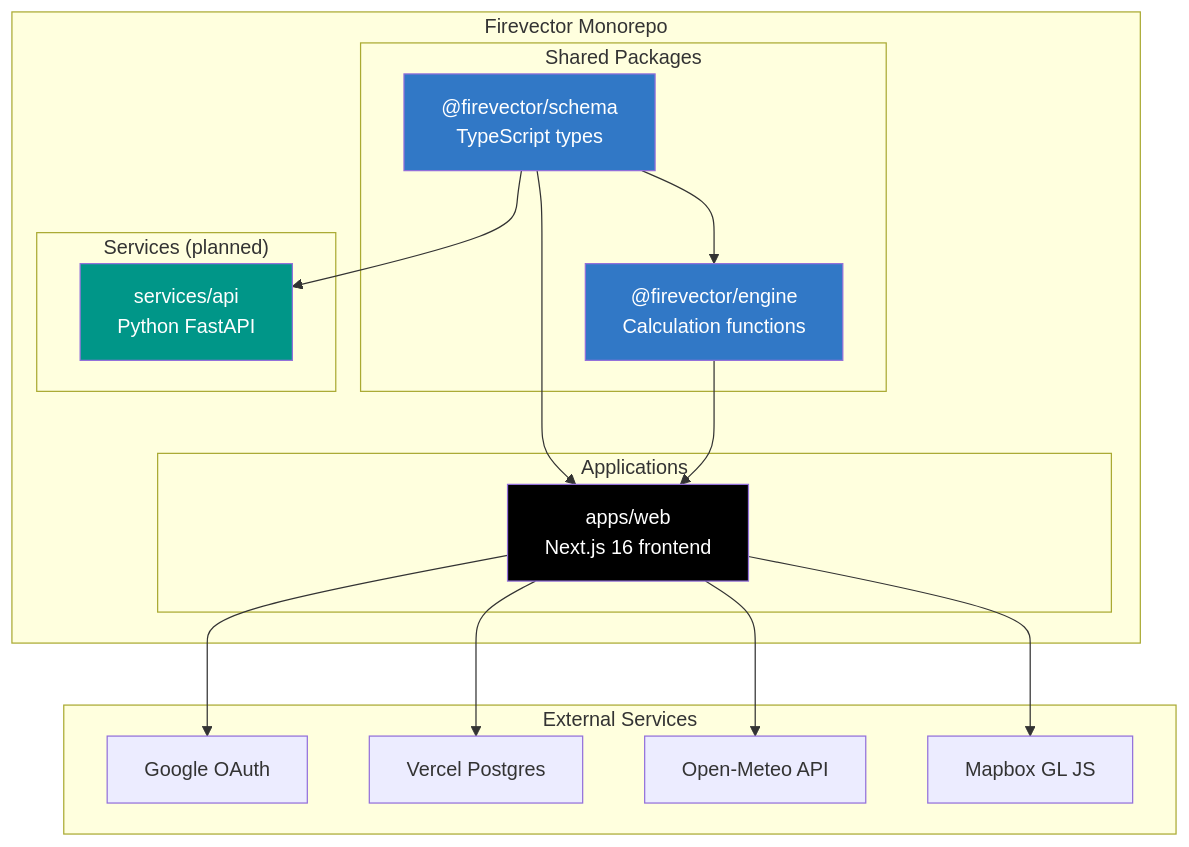
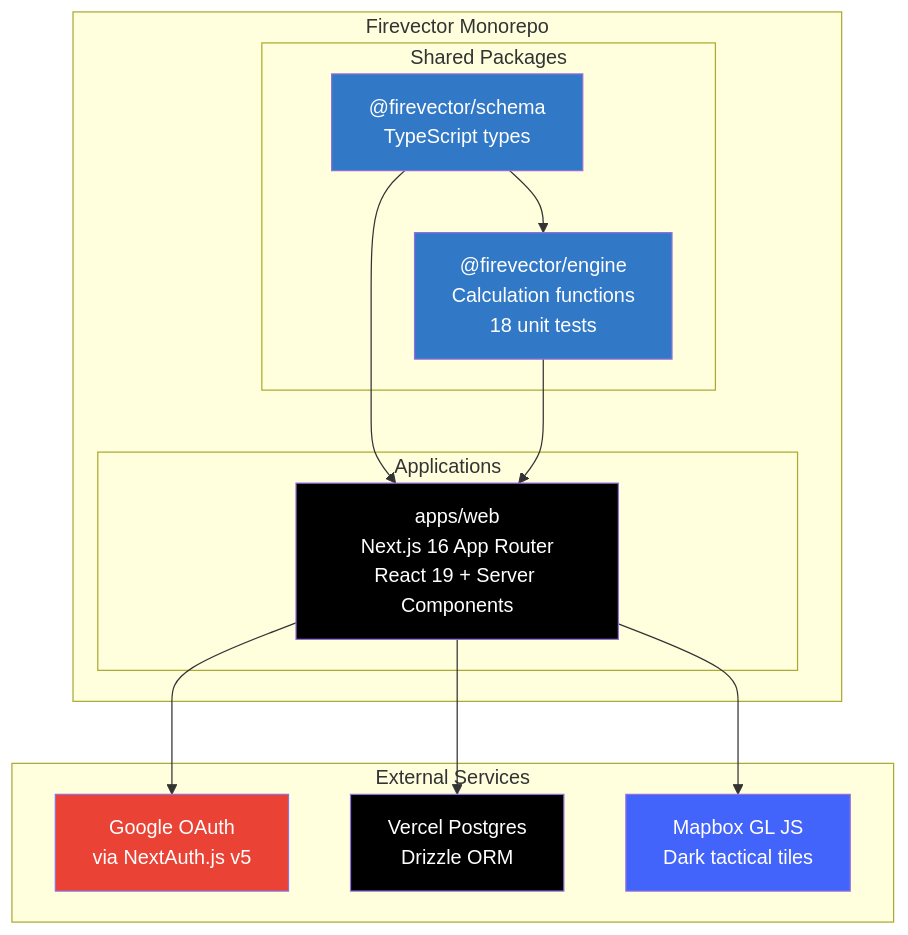
The first of 3 diagrams in README.md (bgorzelic/firevector), drawn with Mermaid before and after one commit. The commit also changed other lines of this file and 1 other file, not shown here.

````diff
--- a/README.md
+++ b/README.md
@@ -38,38 +46,33 @@
 ```mermaid
 graph TB
     subgraph Monorepo["Firevector Monorepo"]
         subgraph Packages["Shared Packages"]
             Schema["@firevector/schema<br/>TypeScript types"]
-            Engine["@firevector/engine<br/>Calculation functions"]
+            Engine["@firevector/engine<br/>Calculation functions<br/>18 unit tests"]
         end
 
         subgraph Apps["Applications"]
-            Web["apps/web<br/>Next.js 16 frontend"]
-        end
-
-        subgraph Services["Services (planned)"]
-            API["services/api<br/>Python FastAPI"]
+            Web["apps/web<br/>Next.js 16 App Router<br/>React 19 + Server Components"]
         end
     end
 
     subgraph External["External Services"]
-        Auth["Google OAuth"]
-        DB["Vercel Postgres"]
-        Weather["Open-Meteo API"]
-        Maps["Mapbox GL JS"]
+        Auth["Google OAuth<br/>via NextAuth.js v5"]
+        DB["Vercel Postgres<br/>Drizzle ORM"]
+        Maps["Mapbox GL JS<br/>Dark tactical tiles"]
     end
 
     Schema --> Engine
     Schema --> Web
     Engine --> Web
     Web --> Auth
     Web --> DB
-    Web --> Weather
     Web --> Maps
-    Schema --> API
 
     style Schema fill:#3178C6,color:#fff
     style Engine fill:#3178C6,color:#fff
     style Web fill:#000,color:#fff
-    style API fill:#009688,color:#fff
+    style Auth fill:#EA4335,color:#fff
+    style DB fill:#000,color:#fff
+    style Maps fill:#4264FB,color:#fff
 ```
````
